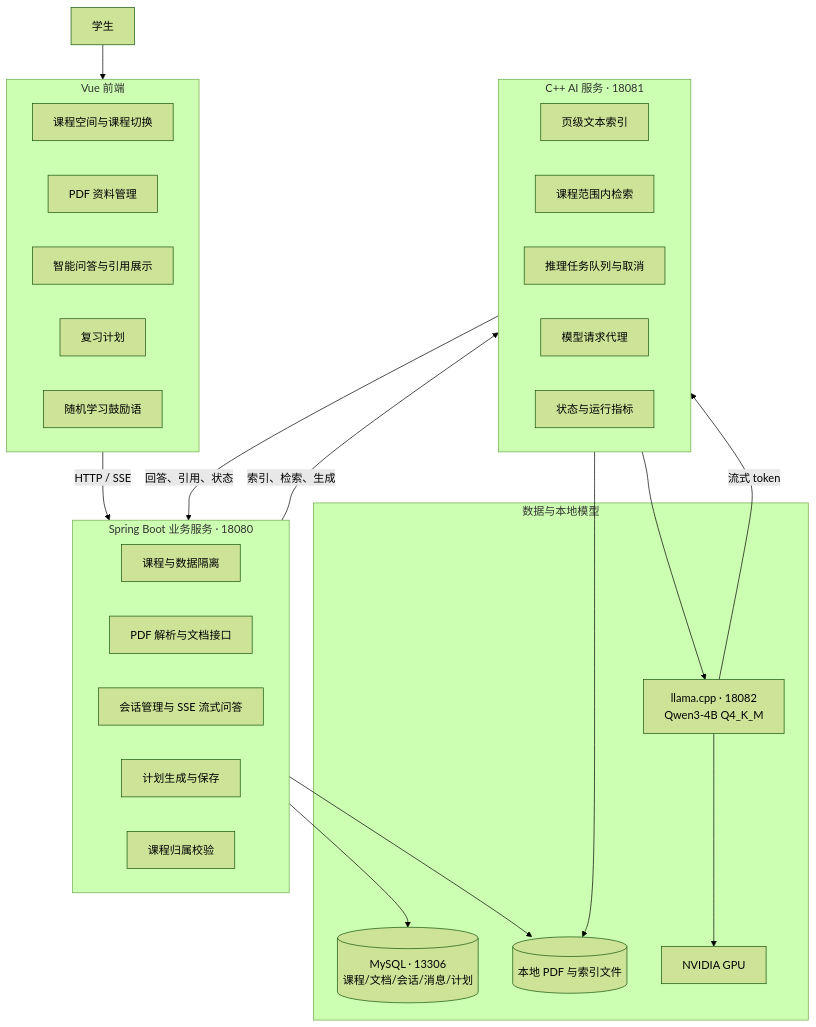
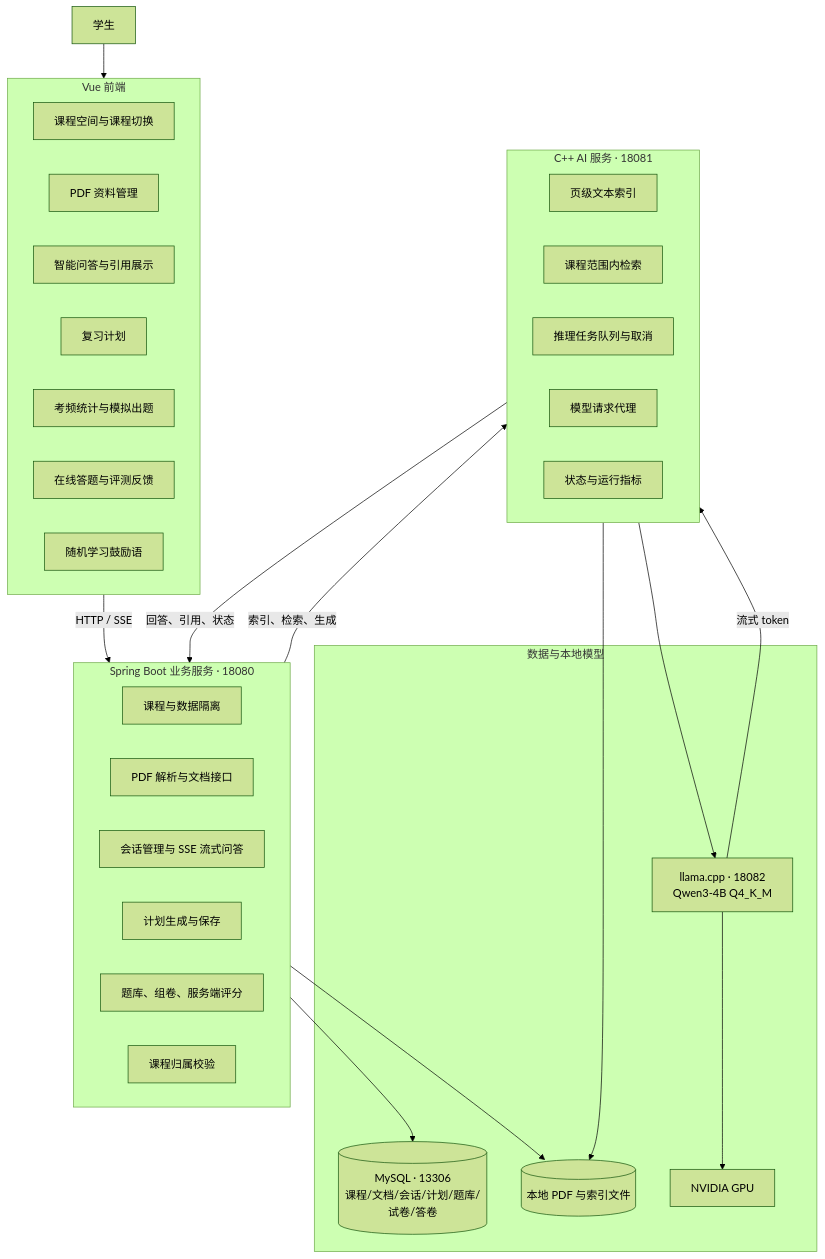
One commit to kzh1458003655-web/StudyPilot changed the first of 3 diagrams in docs/项目架构图-旧.md. Above: the diagram before and after it, drawn with Mermaid (forest theme). The commit also changed other lines of this file and 19 other files, not shown here.

````diff
--- a/docs/项目架构图-旧.md
+++ b/docs/项目架构图-旧.md
@@ -5,46 +5,49 @@
 ```mermaid
 flowchart TB
     U[学生]
 
     subgraph FE[Vue 前端]
         C[课程空间与课程切换]
         D[PDF 资料管理]
         Q[智能问答与引用展示]
         P[复习计划]
+        E[考频统计与模拟出题]
+        A[在线答题与评测反馈]
         S[随机学习鼓励语]
     end
 
     subgraph JAVA[Spring Boot 业务服务 · 18080]
         CA[课程与数据隔离]
         DA[PDF 解析与文档接口]
         QA[会话管理与 SSE 流式问答]
         PA[计划生成与保存]
+        EA[题库、组卷、服务端评分]
         SEC[课程归属校验]
     end
 
     subgraph CPP[C++ AI 服务 · 18081]
         IDX[页级文本索引]
         RET[课程范围内检索]
         QUEUE[推理任务队列与取消]
         PROXY[模型请求代理]
         METRIC[状态与运行指标]
     end
 
     subgraph DATA[数据与本地模型]
-        MYSQL[(MySQL · 13306\n课程/文档/会话/消息/计划)]
+        MYSQL[(MySQL · 13306\n课程/文档/会话/计划/题库/试卷/答卷)]
         FILE[(本地 PDF 与索引文件)]
         MODEL[llama.cpp · 18082\nQwen3-4B Q4_K_M]
         GPU[NVIDIA GPU]
     end
 
     U --> FE
     FE -->|HTTP / SSE| JAVA
     JAVA --> MYSQL
     JAVA --> FILE
     JAVA -->|索引、检索、生成| CPP
     CPP --> FILE
     CPP --> MODEL
     MODEL --> GPU
     MODEL -->|流式 token| CPP
     CPP -->|回答、引用、状态| JAVA
 ```
````
